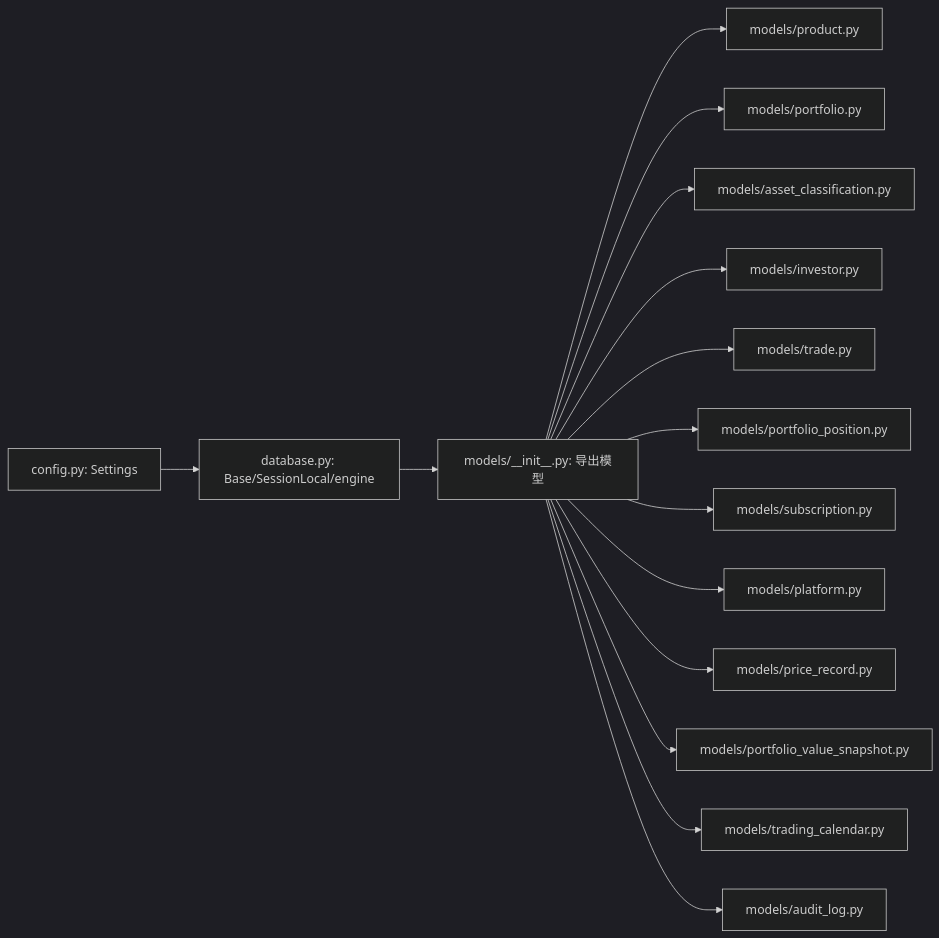
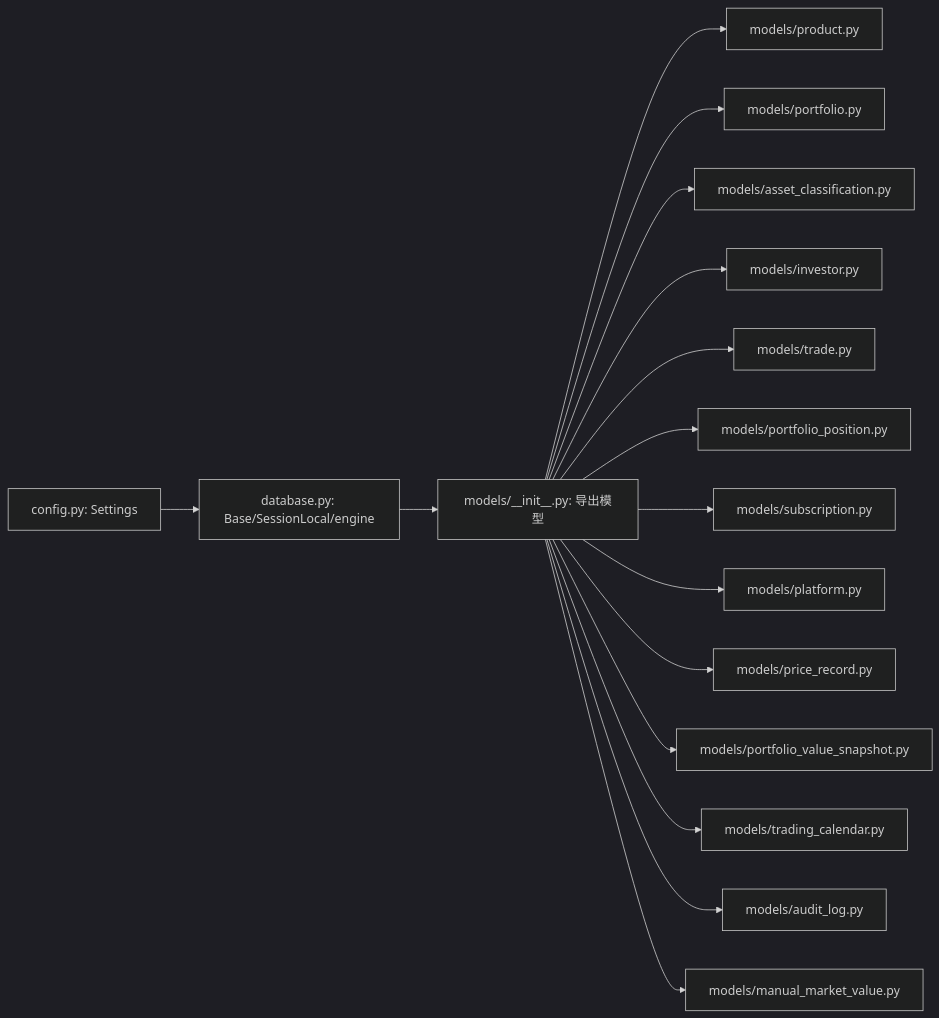
One commit to gujialind/InvestRing changed the fifth of 5 diagrams in .qoder/repowiki/zh/content/数据库设计/数据模型设计.md. Above: the diagram before and after it, drawn with Mermaid (dark theme). The commit also changed other lines of this file and 6 other files, not shown here.

````diff
--- a/.qoder/repowiki/zh/content/数据库设计/数据模型设计.md
+++ b/.qoder/repowiki/zh/content/数据库设计/数据模型设计.md
@@ -461,32 +479,34 @@
 ```mermaid
 graph LR
 DB["database.py: Base/SessionLocal/engine"]
 CFG["config.py: Settings"]
 M_INIT["models/__init__.py: 导出模型"]
 M1["models/product.py"]
 M2["models/portfolio.py"]
 M3["models/asset_classification.py"]
 M4["models/investor.py"]
 M5["models/trade.py"]
 M6["models/portfolio_position.py"]
 M7["models/subscription.py"]
 M8["models/platform.py"]
 M9["models/price_record.py"]
 M10["models/portfolio_value_snapshot.py"]
 M11["models/trading_calendar.py"]
 M12["models/audit_log.py"]
+M13["models/manual_market_value.py"]
 CFG --> DB
 DB --> M_INIT
 M_INIT --> M1
 M_INIT --> M2
 M_INIT --> M3
 M_INIT --> M4
 M_INIT --> M5
 M_INIT --> M6
 M_INIT --> M7
 M_INIT --> M8
 M_INIT --> M9
 M_INIT --> M10
 M_INIT --> M11
 M_INIT --> M12
+M_INIT --> M13
 ```
````
